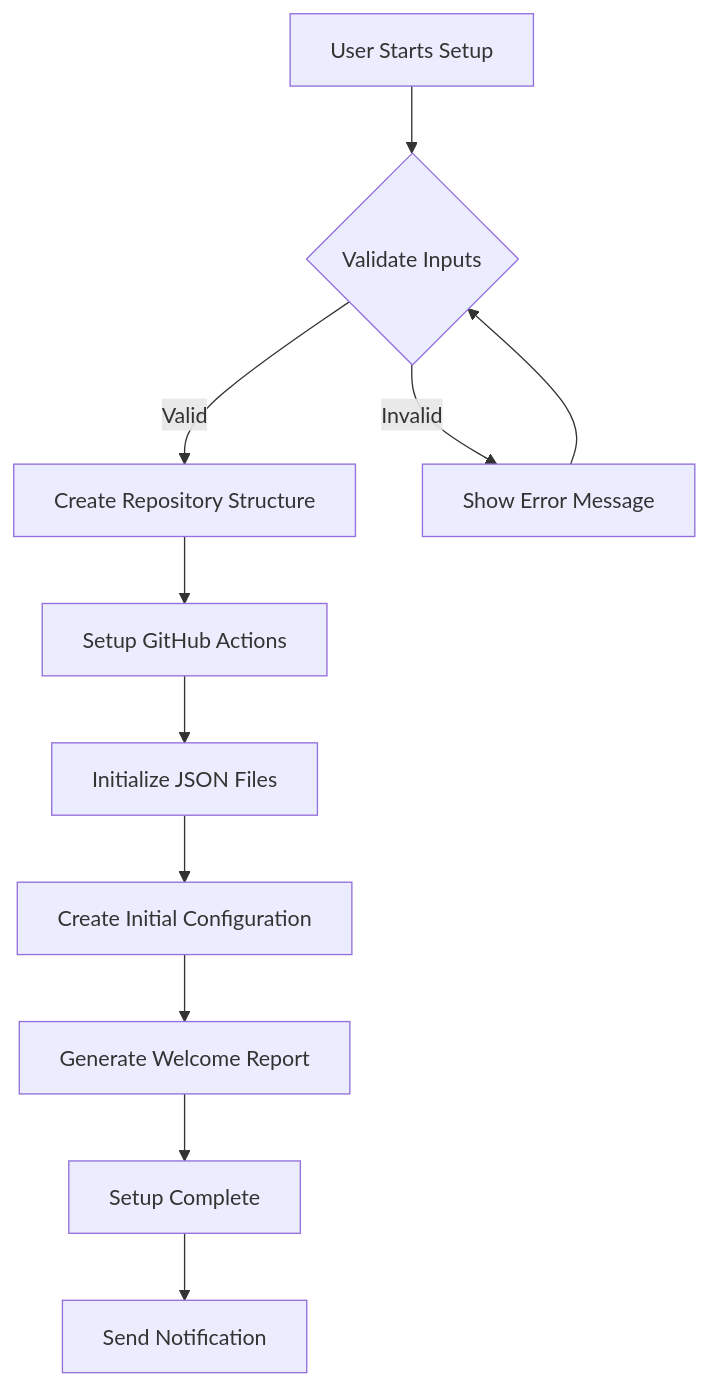
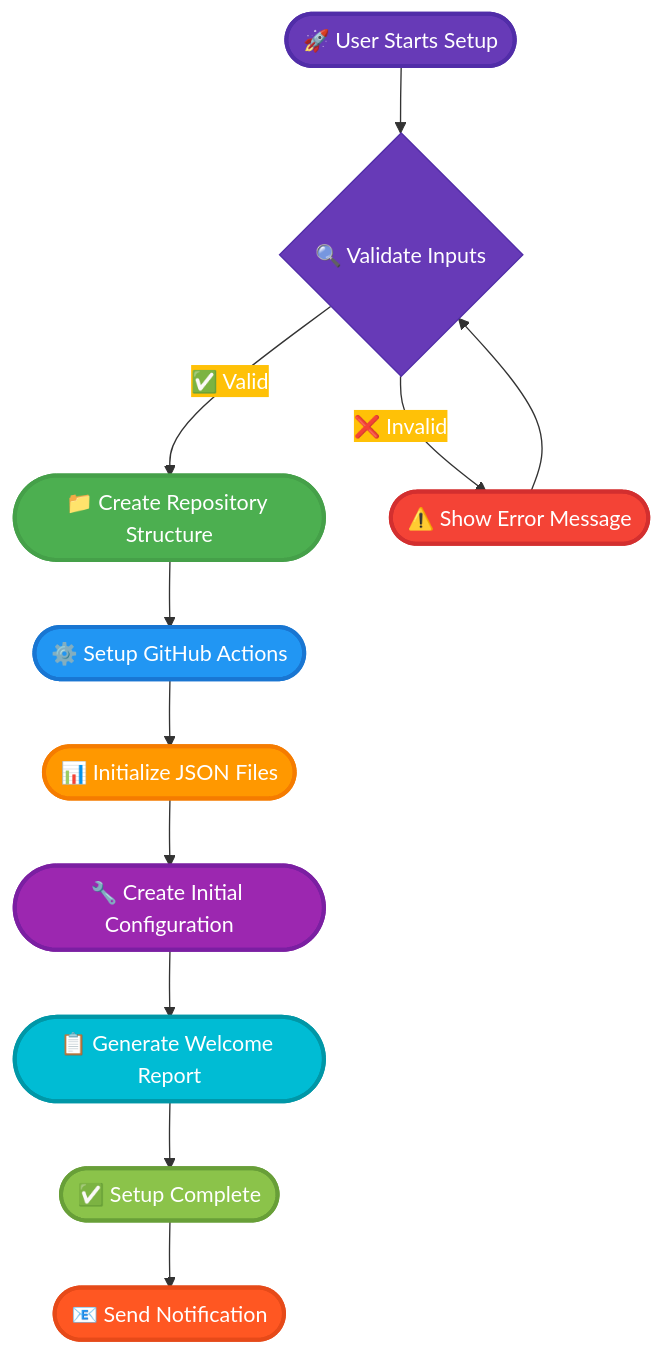
The third of 13 diagrams in README.md (Shakour-Data/AutoProjectManagement), drawn with Mermaid before and after one commit. The commit also changed other lines of this file, not shown here.

Commit message:
`Added detailed system architecture diagrams and UML diagrams to the README file.`

````diff
--- a/README.md
+++ b/README.md
@@ -77,13 +93,24 @@
 ```mermaid
+%%{init: {'theme':'base', 'themeVariables': { 'primaryColor': '#673AB7', 'primaryTextColor': '#fff', 'primaryBorderColor': '#512DA8', 'lineColor': '#333', 'secondaryColor': '#FFC107', 'tertiaryColor': '#fff'}}}%%
 flowchart TD
-    A[User Starts Setup] --> B{Validate Inputs}
-    B -->|Valid| C[Create Repository Structure]
-    B -->|Invalid| D[Show Error Message]
+    A([🚀 User Starts Setup]) --> B{🔍 Validate Inputs}
+    B -->|✅ Valid| C([📁 Create Repository Structure])
+    B -->|❌ Invalid| D([⚠️ Show Error Message])
     D --> B
-    C --> E[Setup GitHub Actions]
-    E --> F[Initialize JSON Files]
-    F --> G[Create Initial Configuration]
-    G --> H[Generate Welcome Report]
-    H --> I[Setup Complete]
-    I --> J[Send Notification]
+    C --> E([⚙️ Setup GitHub Actions])
+    E --> F([📊 Initialize JSON Files])
+    F --> G([🔧 Create Initial Configuration])
+    G --> H([📋 Generate Welcome Report])
+    H --> I([✅ Setup Complete])
+    I --> J([📧 Send Notification])
+    
+    style A fill:#673AB7,stroke:#512DA8,stroke-width:3px,color:#fff
+    style C fill:#4CAF50,stroke:#45a049,stroke-width:3px,color:#fff
+    style D fill:#F44336,stroke:#D32F2F,stroke-width:3px,color:#fff
+    style E fill:#2196F3,stroke:#1976D2,stroke-width:3px,color:#fff
+    style F fill:#FF9800,stroke:#F57C00,stroke-width:3px,color:#fff
+    style G fill:#9C27B0,stroke:#7B1FA2,stroke-width:3px,color:#fff
+    style H fill:#00BCD4,stroke:#0097A7,stroke-width:3px,color:#fff
+    style I fill:#8BC34A,stroke:#689F38,stroke-width:3px,color:#fff
+    style J fill:#FF5722,stroke:#E64A19,stroke-width:3px,color:#fff
 ```
````
